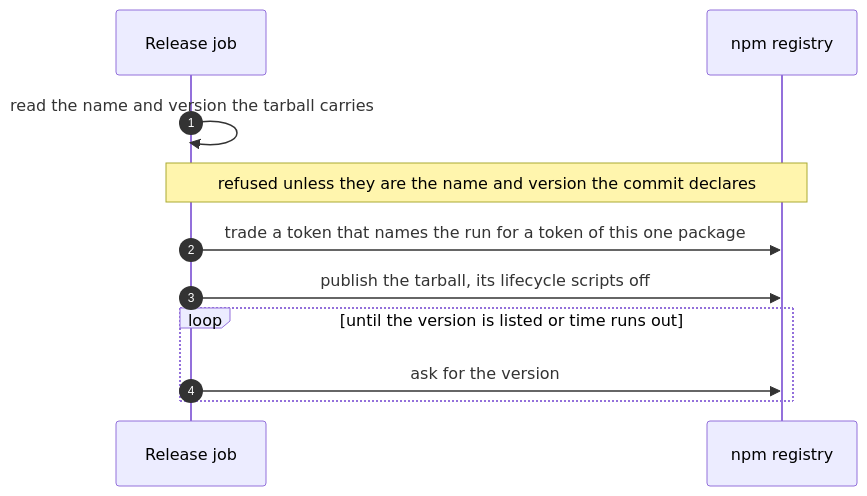
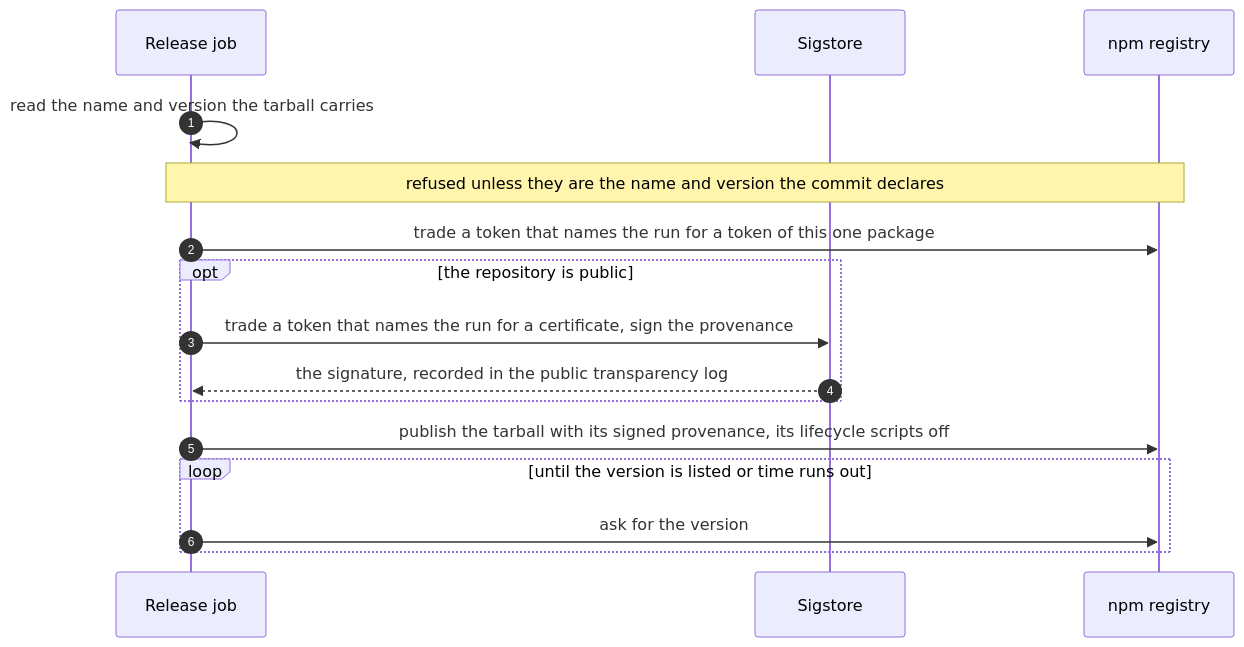
The fifth of 6 diagrams in docs/deployment.md (NextNodeSolutions/infrastructure), drawn with Mermaid before and after one commit. The commit also changed other lines of this file and 12 other files, not shown here.

First line of the commit message:
ci(deploy): sign the provenance of a package from a public repository

````diff
--- a/docs/deployment.md
+++ b/docs/deployment.md
@@ -144,13 +144,18 @@
 ```mermaid
 sequenceDiagram
     autonumber
     participant R as Release job
+    participant S as Sigstore
     participant N as npm registry
     R->>R: read the name and version the tarball carries
     Note over R,N: refused unless they are the name and version the commit declares
     R->>N: trade a token that names the run for a token of this one package
-    R->>N: publish the tarball, its lifecycle scripts off
+    opt the repository is public
+        R->>S: trade a token that names the run for a certificate, sign the provenance
+        S-->>R: the signature, recorded in the public transparency log
+    end
+    R->>N: publish the tarball with its signed provenance, its lifecycle scripts off
     loop until the version is listed or time runs out
         R->>N: ask for the version
     end
 ```
````
